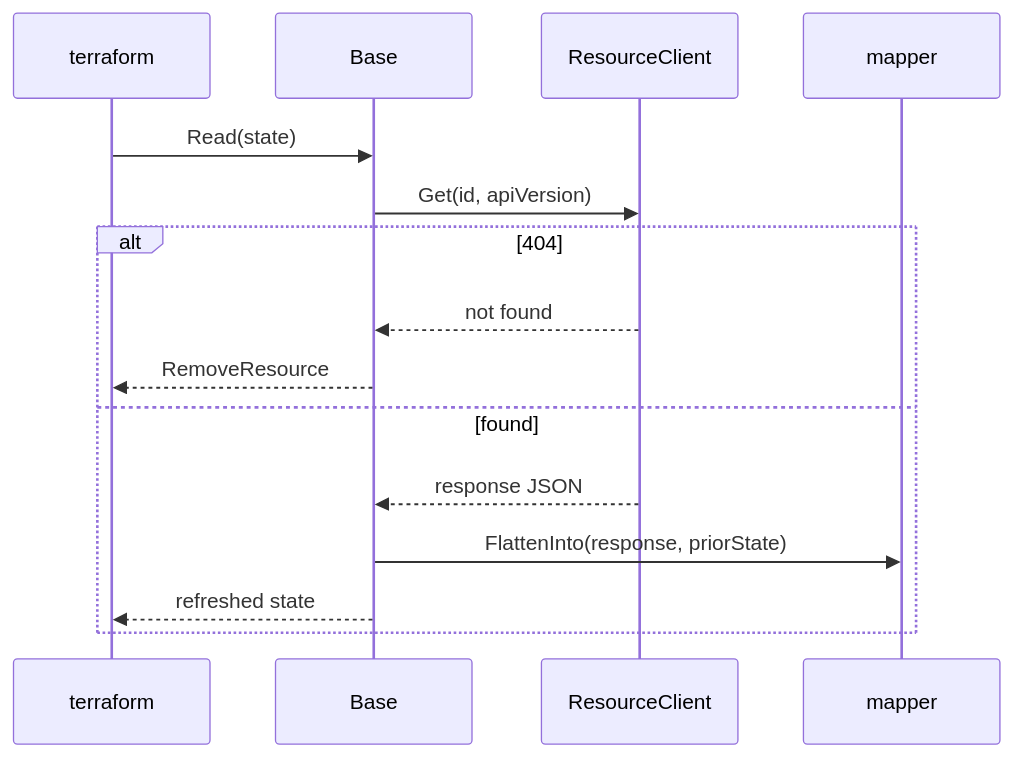
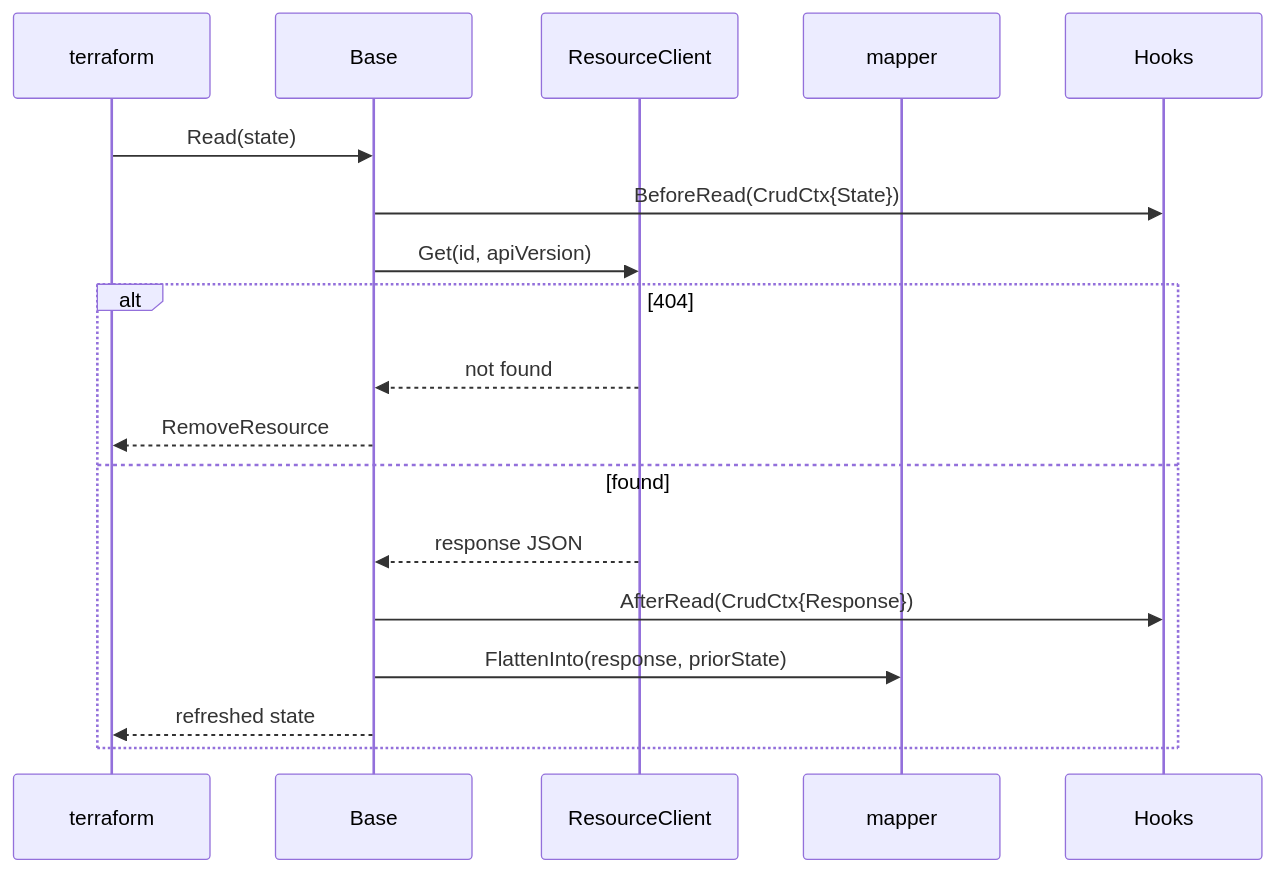
Before and after one commit to wuxu92/terraform-provider-azapi: the third of 3 diagrams in internal/native/DEVELOPER_SPEC.md, drawn with Mermaid. The commit also changed 55 other files, not shown here.

````diff
--- a/internal/native/DEVELOPER_SPEC.md
+++ b/internal/native/DEVELOPER_SPEC.md
@@ -425,17 +425,20 @@
 ```mermaid
 sequenceDiagram
     participant TF as terraform
     participant B as Base
     participant C as ResourceClient
     participant M as mapper
+    participant H as Hooks
     TF->>B: Read(state)
+    B->>H: BeforeRead(CrudCtx{State})
     B->>C: Get(id, apiVersion)
     alt 404
         C-->>B: not found
         B-->>TF: RemoveResource
     else found
         C-->>B: response JSON
+        B->>H: AfterRead(CrudCtx{Response})
         B->>M: FlattenInto(response, priorState)
         B-->>TF: refreshed state
     end
 ```
````
